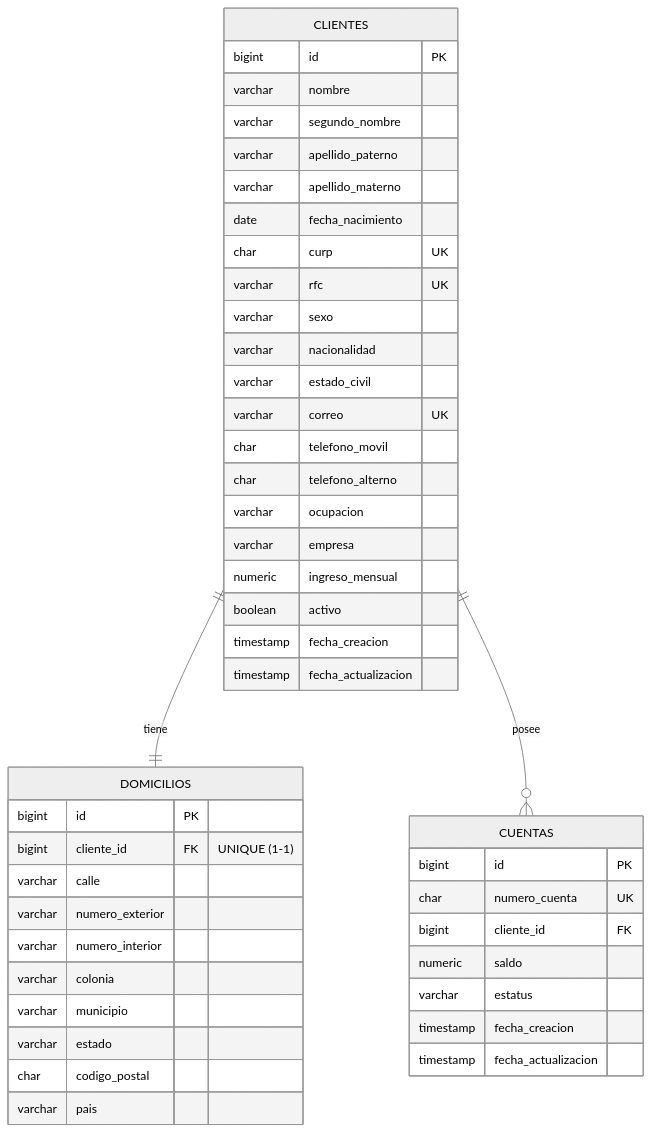
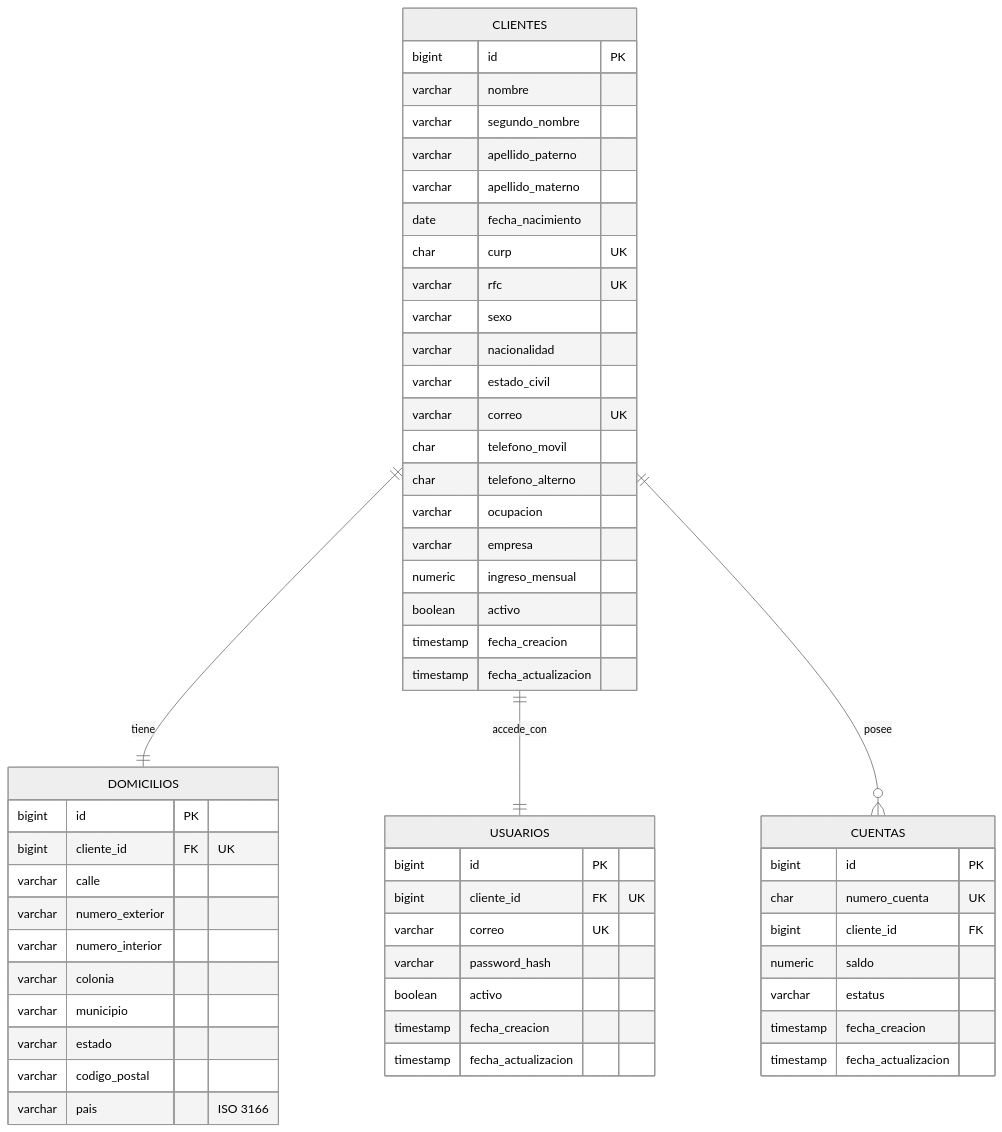
The diagram in entregables/01-diagrama-ER.md (USER1FR0/prueba-api), drawn with Mermaid (neutral theme) before and after one commit. The commit also changed other lines of this file and 28 other files, not shown here.

Commit message:
refactor: Relacion 1:1 Clientes y Usuarios

````diff
--- a/entregables/01-diagrama-ER.md
+++ b/entregables/01-diagrama-ER.md
@@ -3,49 +8,62 @@
 ```mermaid
 erDiagram
     CLIENTES ||--|| DOMICILIOS : tiene
-    CLIENTES ||--o{ CUENTAS : posee
+    CLIENTES ||--|| USUARIOS   : accede_con
+    CLIENTES ||--o{ CUENTAS    : posee
 
     CLIENTES {
         bigint id PK
         varchar nombre
         varchar segundo_nombre
         varchar apellido_paterno
         varchar apellido_materno
         date fecha_nacimiento
         char curp UK
         varchar rfc UK
         varchar sexo
         varchar nacionalidad
         varchar estado_civil
         varchar correo UK
         char telefono_movil
         char telefono_alterno
         varchar ocupacion
         varchar empresa
         numeric ingreso_mensual
         boolean activo
         timestamp fecha_creacion
         timestamp fecha_actualizacion
     }
+
     DOMICILIOS {
         bigint id PK
-        bigint cliente_id FK "UNIQUE (1-1)"
+        bigint cliente_id FK "UK"
         varchar calle
         varchar numero_exterior
         varchar numero_interior
         varchar colonia
         varchar municipio
         varchar estado
-        char codigo_postal
-        varchar pais
+        varchar codigo_postal
+        varchar pais "ISO 3166"
     }
+
     CUENTAS {
         bigint id PK
         char numero_cuenta UK
         bigint cliente_id FK
         numeric saldo
         varchar estatus
         timestamp fecha_creacion
         timestamp fecha_actualizacion
     }
+
+    USUARIOS {
+        bigint id PK
+        bigint cliente_id FK "UK"
+        varchar correo UK
+        varchar password_hash
+        boolean activo
+        timestamp fecha_creacion
+        timestamp fecha_actualizacion
+    }
 ```
````
